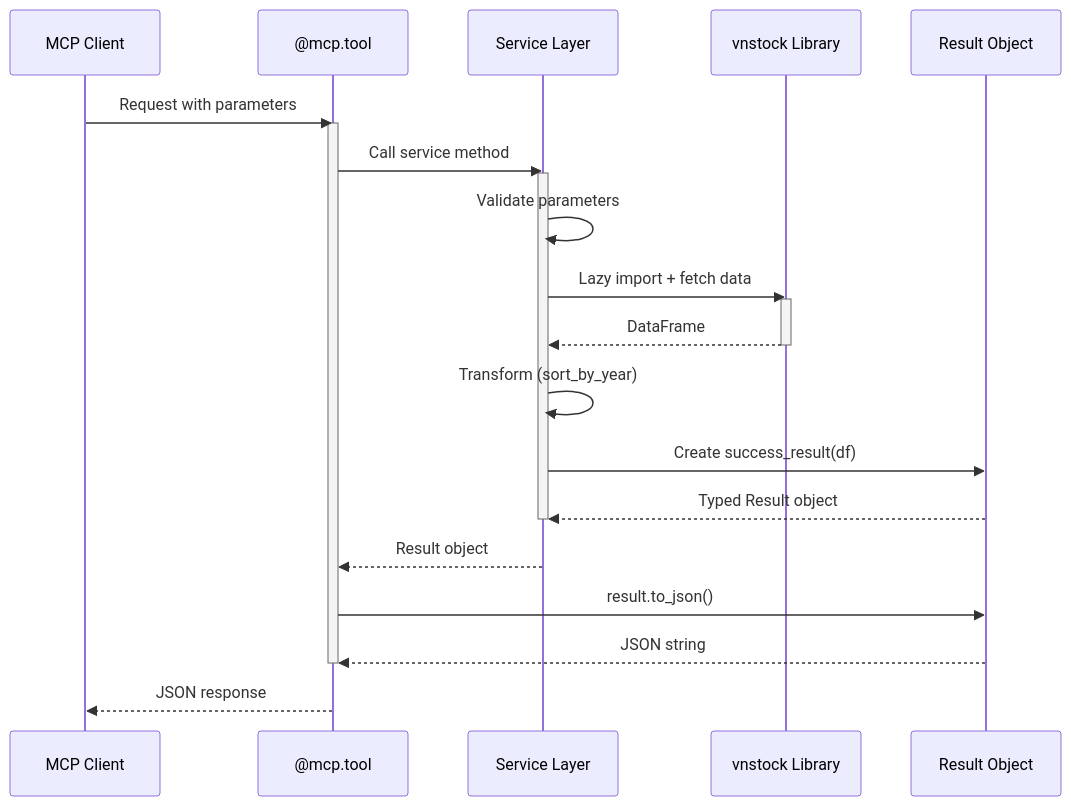
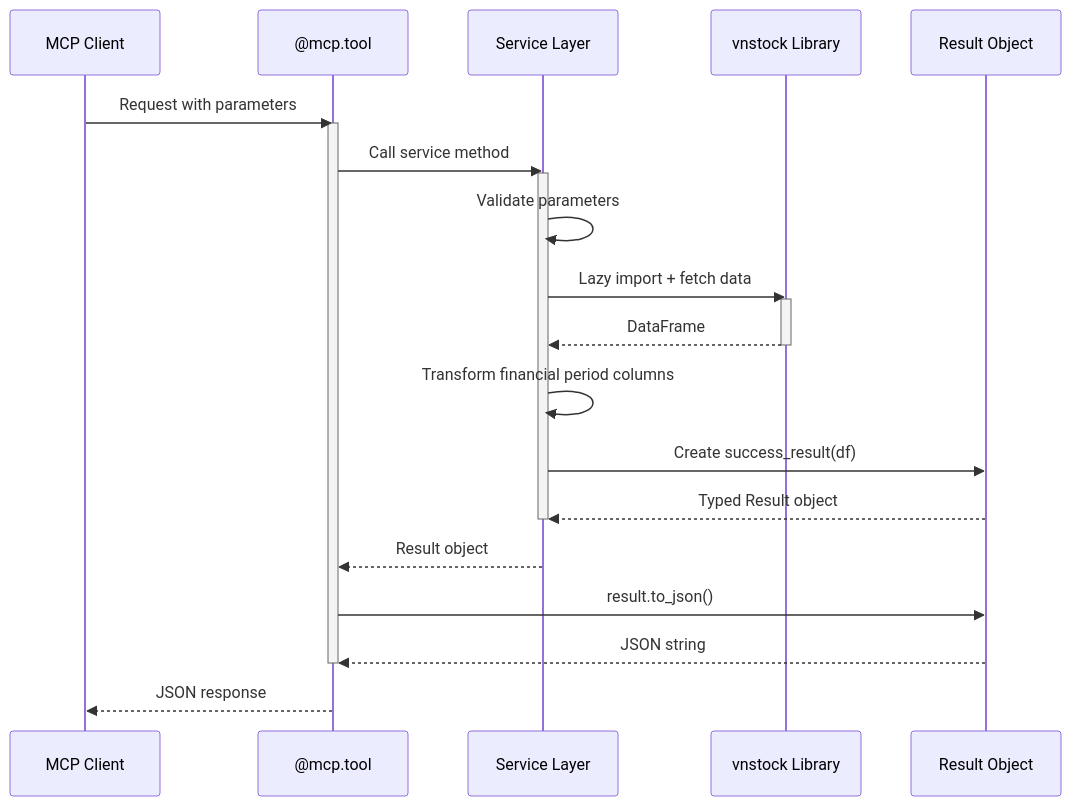
One commit to gahoccode/vnstock-mcp changed the fourth of 5 diagrams in docs/ARCHITECTURE.md. Above: the diagram before and after it, drawn with Mermaid. The commit also changed other lines of this file and 32 other files, not shown here.

````diff
--- a/docs/ARCHITECTURE.md
+++ b/docs/ARCHITECTURE.md
@@ -227,34 +227,34 @@
 ```mermaid
 sequenceDiagram
     participant Client as MCP Client
     participant Tool as @mcp.tool
     participant Service as Service Layer
     participant Vnstock as vnstock Library
     participant Result as Result Object
 
     Client->>Tool: Request with parameters
     activate Tool
 
     Tool->>Service: Call service method
     activate Service
 
     Service->>Service: Validate parameters
     Service->>Vnstock: Lazy import + fetch data
     activate Vnstock
 
     Vnstock-->>Service: DataFrame
     deactivate Vnstock
 
-    Service->>Service: Transform (sort_by_year)
+    Service->>Service: Transform financial period columns
     Service->>Result: Create success_result(df)
     Result-->>Service: Typed Result object
 
     deactivate Service
     Service-->>Tool: Result object
 
     Tool->>Result: result.to_json()
     Result-->>Tool: JSON string
 
     deactivate Tool
     Tool-->>Client: JSON response
 ```
````
